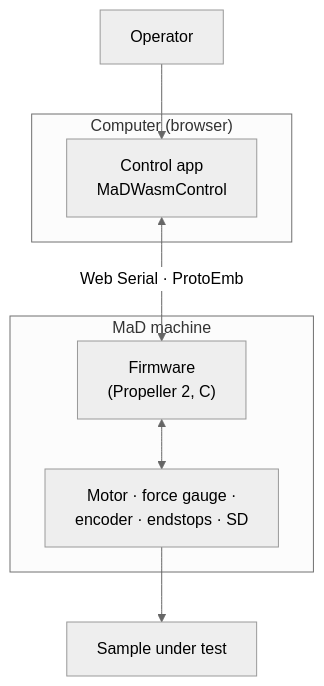
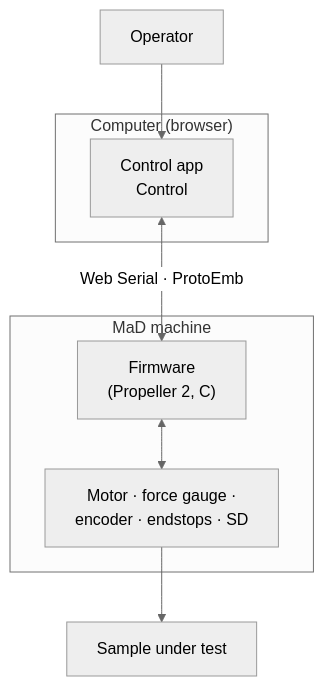
The diagram in docs/how-it-works/index.md (RileyMcCarthy/MaD), drawn with Mermaid (neutral theme) before and after one commit. The commit also changed 138 other files, not shown here.

First line of the commit message:
refactor: rename Software/MaDWasmControl to Software/Control

````diff
--- a/docs/how-it-works/index.md
+++ b/docs/how-it-works/index.md
@@ -6,14 +6,14 @@
 ```mermaid
 flowchart TB
     user["Operator"] --> app
     subgraph host["Computer (browser)"]
-        app["Control app<br/>MaDWasmControl"]
+        app["Control app<br/>Control"]
     end
     subgraph machine["MaD machine"]
         fw["Firmware<br/>(Propeller 2, C)"]
         periph["Motor · force gauge ·<br/>encoder · endstops · SD"]
     end
     app <-->|"Web Serial · ProtoEmb"| fw
     fw <--> periph
     periph --> sample["Sample under test"]
 ```
````
